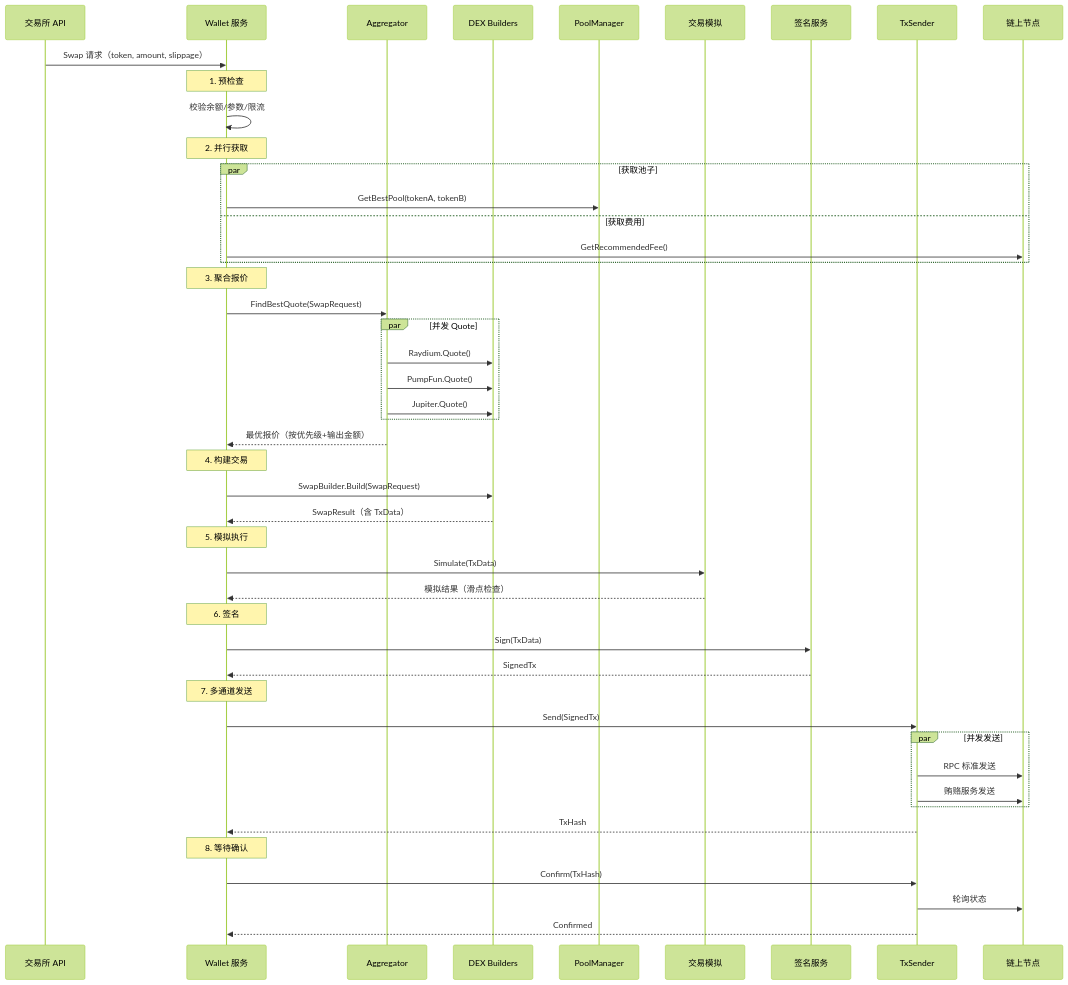
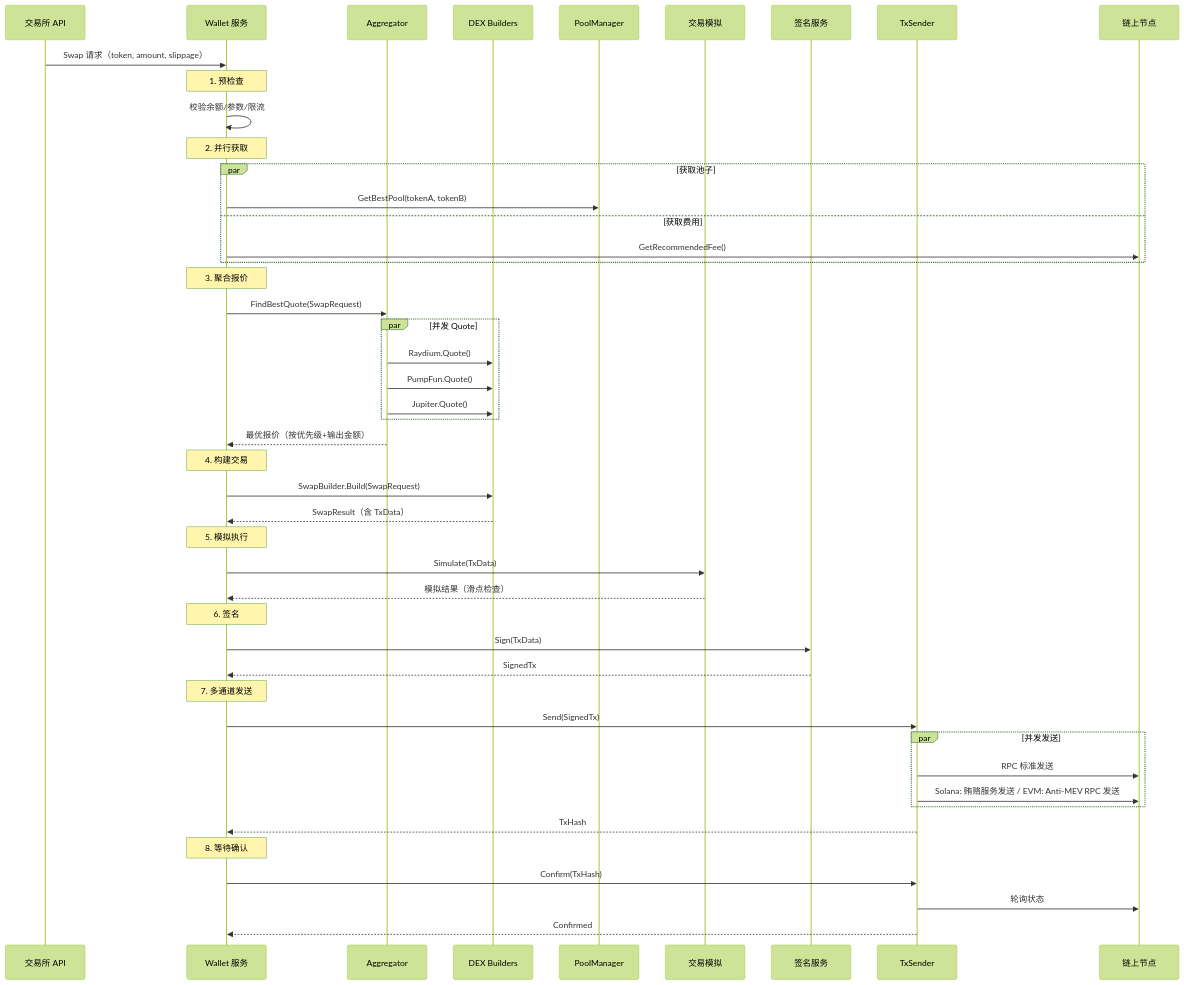
One commit to Dawanyezhi/dex-trade-engine changed the second of 5 diagrams in 00-architecture/README.md. Above: the diagram before and after it, drawn with Mermaid (forest theme). The commit also changed other lines of this file and 6 other files, not shown here.

First line of the commit message:
Clarify bribe service is Solana-only, EVM uses Anti-MEV RPC

````diff
--- a/00-architecture/README.md
+++ b/00-architecture/README.md
@@ -125,58 +125,58 @@
 ```mermaid
 sequenceDiagram
     participant API as 交易所 API
     participant Wallet as Wallet 服务
     participant Agg as Aggregator
     participant DEX as DEX Builders
     participant Pool as PoolManager
     participant Sim as 交易模拟
     participant Sign as 签名服务
     participant TX as TxSender
     participant Chain as 链上节点
 
     API->>Wallet: Swap 请求（token, amount, slippage）
 
     Note over Wallet: 1. 预检查
     Wallet->>Wallet: 校验余额/参数/限流
 
     Note over Wallet: 2. 并行获取
     par 获取池子
         Wallet->>Pool: GetBestPool(tokenA, tokenB)
     and 获取费用
         Wallet->>Chain: GetRecommendedFee()
     end
 
     Note over Wallet: 3. 聚合报价
     Wallet->>Agg: FindBestQuote(SwapRequest)
     par 并发 Quote
         Agg->>DEX: Raydium.Quote()
         Agg->>DEX: PumpFun.Quote()
         Agg->>DEX: Jupiter.Quote()
     end
     Agg-->>Wallet: 最优报价（按优先级+输出金额）
 
     Note over Wallet: 4. 构建交易
     Wallet->>DEX: SwapBuilder.Build(SwapRequest)
     DEX-->>Wallet: SwapResult（含 TxData）
 
     Note over Wallet: 5. 模拟执行
     Wallet->>Sim: Simulate(TxData)
     Sim-->>Wallet: 模拟结果（滑点检查）
 
     Note over Wallet: 6. 签名
     Wallet->>Sign: Sign(TxData)
     Sign-->>Wallet: SignedTx
 
     Note over Wallet: 7. 多通道发送
     Wallet->>TX: Send(SignedTx)
     par 并发发送
         TX->>Chain: RPC 标准发送
-        TX->>Chain: 贿赂服务发送
+        TX->>Chain: Solana: 贿赂服务发送 / EVM: Anti-MEV RPC 发送
     end
     TX-->>Wallet: TxHash
 
     Note over Wallet: 8. 等待确认
     Wallet->>TX: Confirm(TxHash)
     TX->>Chain: 轮询状态
     TX-->>Wallet: Confirmed
 ```
````
